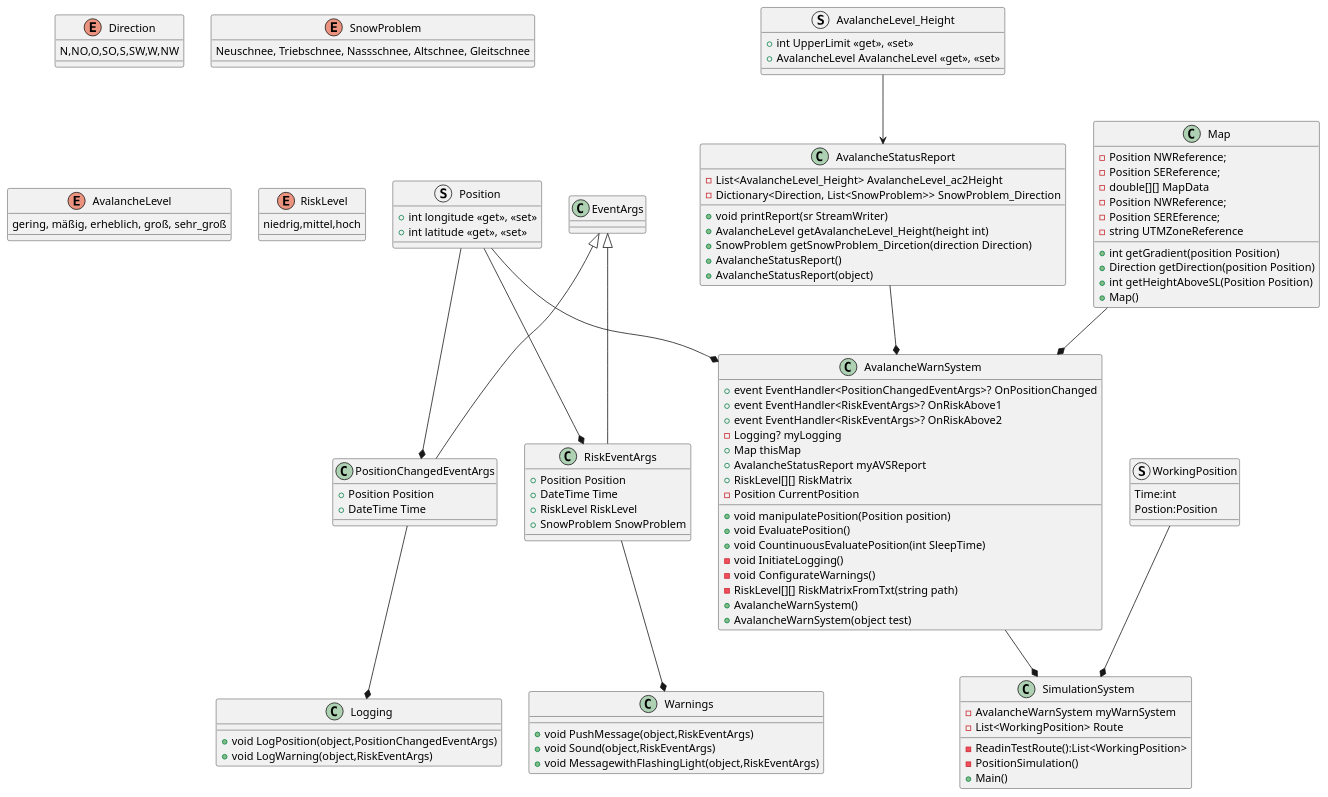
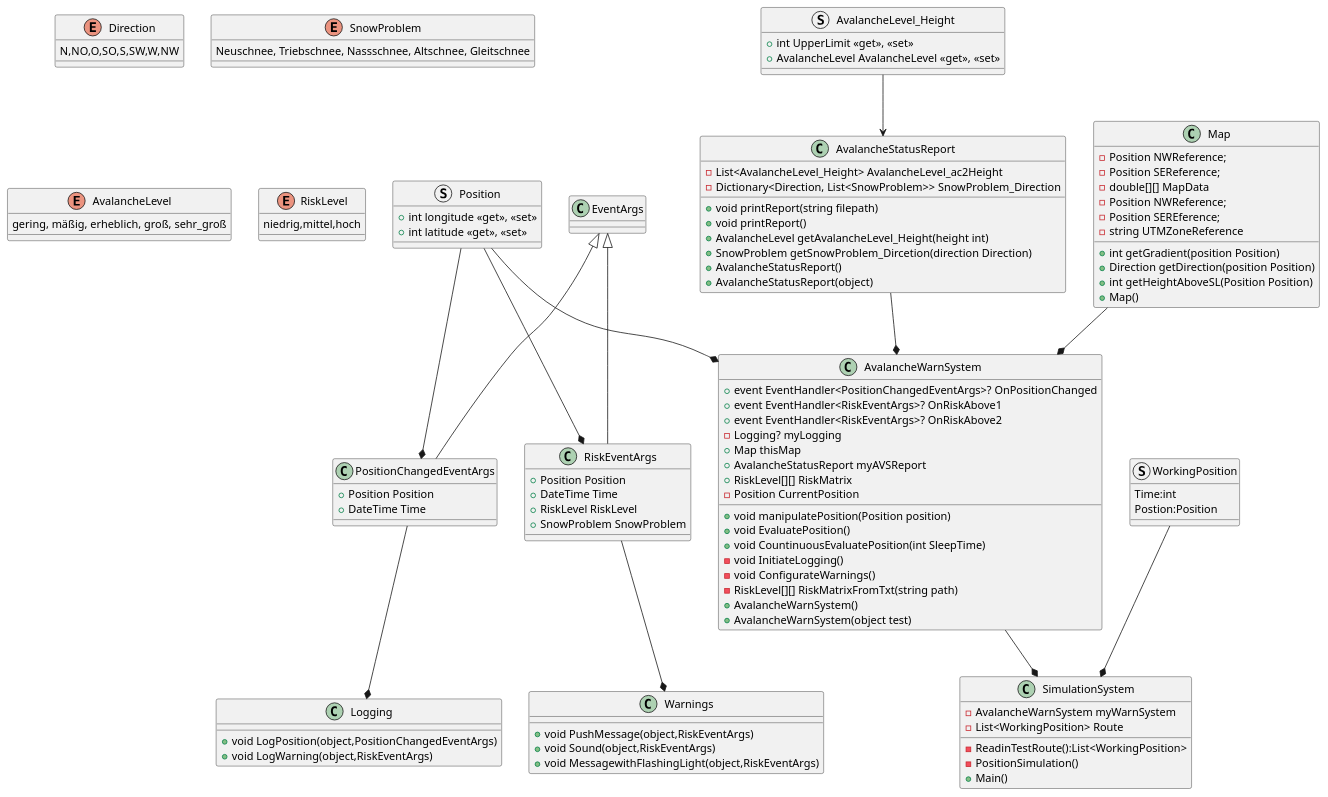
The diagram in ClassDiagram.puml (ganz-anders/poorgrammar), drawn with PlantUML before and after one commit. The commit also changed 1 other file, not shown here.

Commit message:
changed the Signature of the print function, Stream is opened and closed in function itself - adapting the ClassDiagram

```diff
--- a/ClassDiagram.puml
+++ b/ClassDiagram.puml
@@ -1,133 +1,134 @@
 @startuml ClassDiagram
 enum Direction
 {
     N,NO,O,SO,S,SW,W,NW
 }
 
 enum SnowProblem
 {
     Neuschnee, Triebschnee, Nassschnee, Altschnee, Gleitschnee
 }
 
 enum AvalancheLevel
 {
     gering, mäßig, erheblich, groß, sehr_groß
 }
 
 enum RiskLevel
 {
     niedrig,mittel,hoch
 }
 
 struct Position
 {
     + int longitude <<get>>, <<set>>
     + int latitude <<get>>, <<set>>
 }
 
 struct AvalancheLevel_Height
 {
     + int UpperLimit <<get>>, <<set>>
     + AvalancheLevel AvalancheLevel <<get>>, <<set>>
 }
 
 class AvalancheStatusReport
 {
     - List<AvalancheLevel_Height> AvalancheLevel_ac2Height
     - Dictionary<Direction, List<SnowProblem>> SnowProblem_Direction
-    + void printReport(sr StreamWriter)
+    + void printReport(string filepath)
+    + void printReport()
     + AvalancheLevel getAvalancheLevel_Height(height int)
     + SnowProblem getSnowProblem_Dircetion(direction Direction)
     + AvalancheStatusReport()
     + AvalancheStatusReport(object)
 }
 
 class Map
 {
     - Position NWReference;
     - Position SEReference;
     - double[][] MapData
     - Position NWReference;
     - Position SEREference;
     - string UTMZoneReference
     + int getGradient(position Position)
     + Direction getDirection(position Position)
     + int getHeightAboveSL(Position Position)
     + Map()
 }
 
 class Warnings
 {
     + void PushMessage(object,RiskEventArgs)
     + void Sound(object,RiskEventArgs)
     + void MessagewithFlashingLight(object,RiskEventArgs)
 }
 
 class Logging
 {
     + void LogPosition(object,PositionChangedEventArgs)
     + void LogWarning(object,RiskEventArgs)
 }
 
 class PositionChangedEventArgs
 {
     + Position Position
     + DateTime Time
 }
 
 class RiskEventArgs
 {
     + Position Position
     + DateTime Time
     + RiskLevel RiskLevel
     + SnowProblem SnowProblem
 }
 
 class AvalancheWarnSystem
 {
     + event EventHandler<PositionChangedEventArgs>? OnPositionChanged
     + event EventHandler<RiskEventArgs>? OnRiskAbove1
     + event EventHandler<RiskEventArgs>? OnRiskAbove2
     - Logging? myLogging
     + Map thisMap
     + AvalancheStatusReport myAVSReport
     + RiskLevel[][] RiskMatrix
     - Position CurrentPosition 
     + void manipulatePosition(Position position)
     + void EvaluatePosition()
     + void CountinuousEvaluatePosition(int SleepTime)
     - void InitiateLogging()
     - void ConfigurateWarnings()
     - RiskLevel[][] RiskMatrixFromTxt(string path)
     + AvalancheWarnSystem()
     + AvalancheWarnSystem(object test)
 }
 
 struct WorkingPosition
 {
     Time:int
     Postion:Position    
 }
 class SimulationSystem
 {
     - AvalancheWarnSystem myWarnSystem
     - List<WorkingPosition> Route
     - ReadinTestRoute():List<WorkingPosition>
     - PositionSimulation()
     + Main()
 }
 
 RiskEventArgs --* Warnings
 PositionChangedEventArgs --* Logging
 EventArgs <|-- RiskEventArgs
 EventArgs <|-- PositionChangedEventArgs
 AvalancheLevel_Height --> AvalancheStatusReport
 Position --* RiskEventArgs
 Position --* PositionChangedEventArgs
 Position --* AvalancheWarnSystem
 AvalancheStatusReport --* AvalancheWarnSystem
 Map --* AvalancheWarnSystem
 AvalancheWarnSystem --* SimulationSystem
 WorkingPosition --* SimulationSystem
 
 @enduml
```
